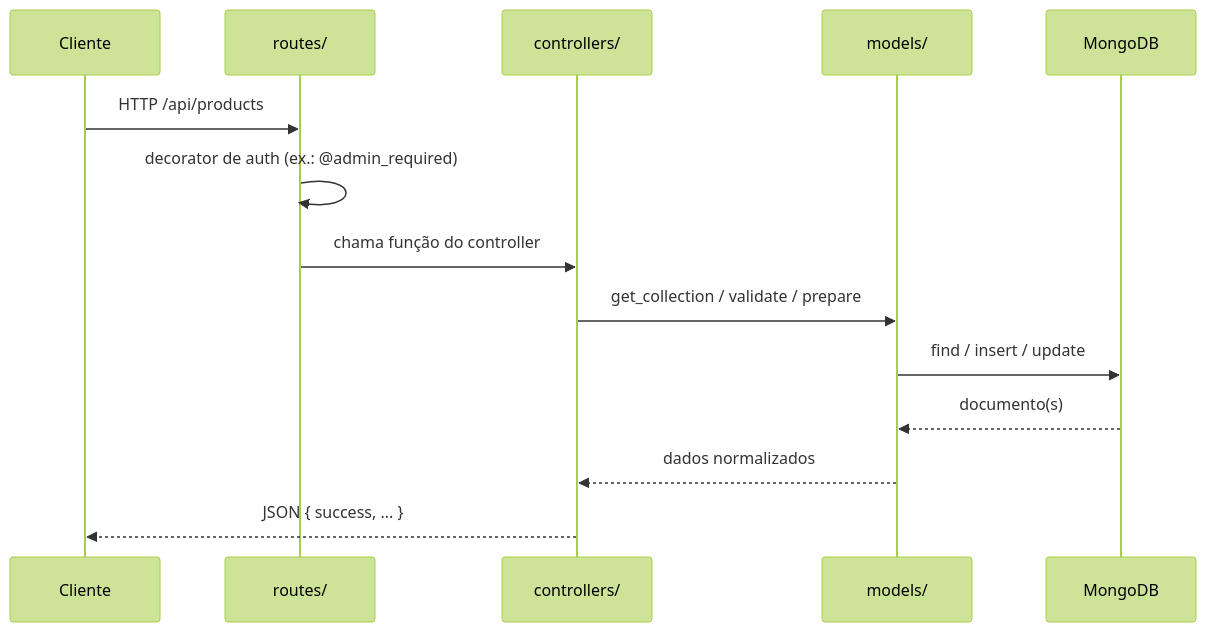
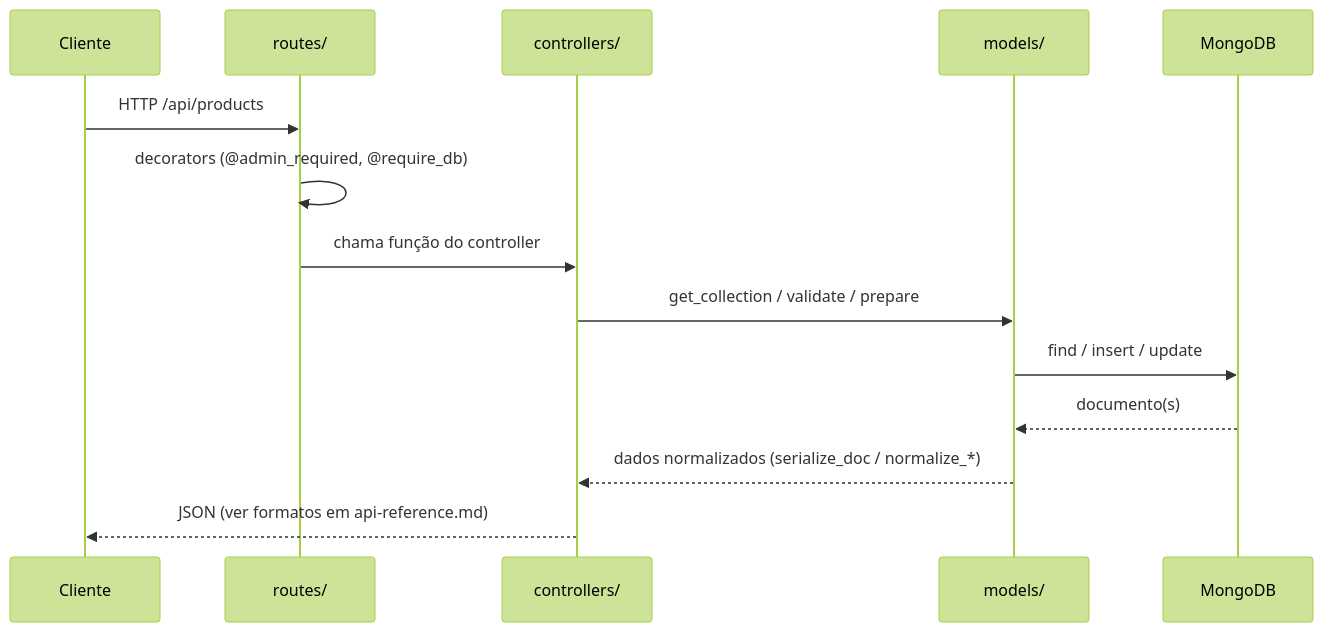
Before and after one commit to caique-az/luxus-brecho: the second of 4 diagrams in docs/arquitetura.md, drawn with Mermaid (forest theme). The commit also changed other lines of this file, not shown here.

````diff
--- a/docs/arquitetura.md
+++ b/docs/arquitetura.md
@@ -60,17 +68,17 @@
 ```mermaid
 sequenceDiagram
     participant C as Cliente
     participant R as routes/
     participant Ctrl as controllers/
     participant M as models/
     participant DB as MongoDB
 
     C->>R: HTTP /api/products
-    R->>R: decorator de auth (ex.: @admin_required)
+    R->>R: decorators (@admin_required, @require_db)
     R->>Ctrl: chama função do controller
     Ctrl->>M: get_collection / validate / prepare
     M->>DB: find / insert / update
     DB-->>M: documento(s)
-    M-->>Ctrl: dados normalizados
-    Ctrl-->>C: JSON { success, ... }
+    M-->>Ctrl: dados normalizados (serialize_doc / normalize_*)
+    Ctrl-->>C: JSON (ver formatos em api-reference.md)
 ```
````
